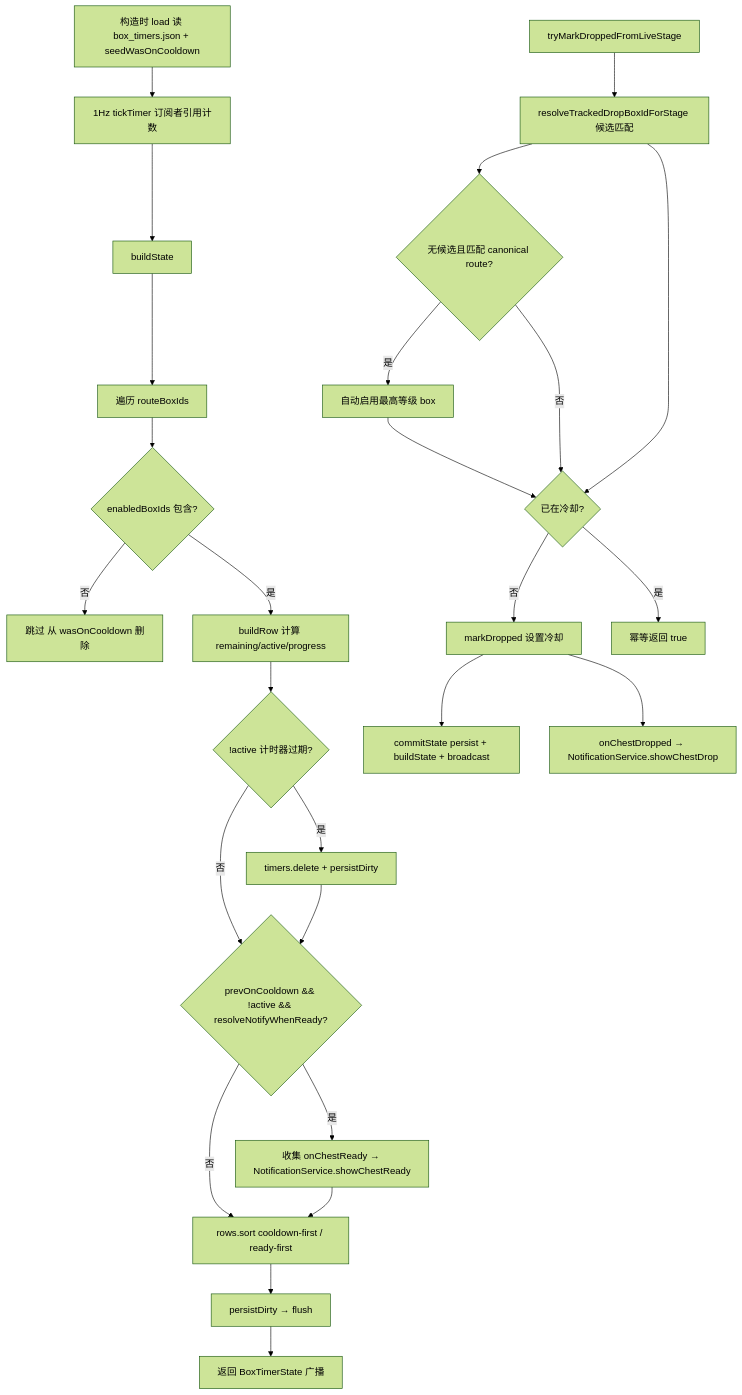
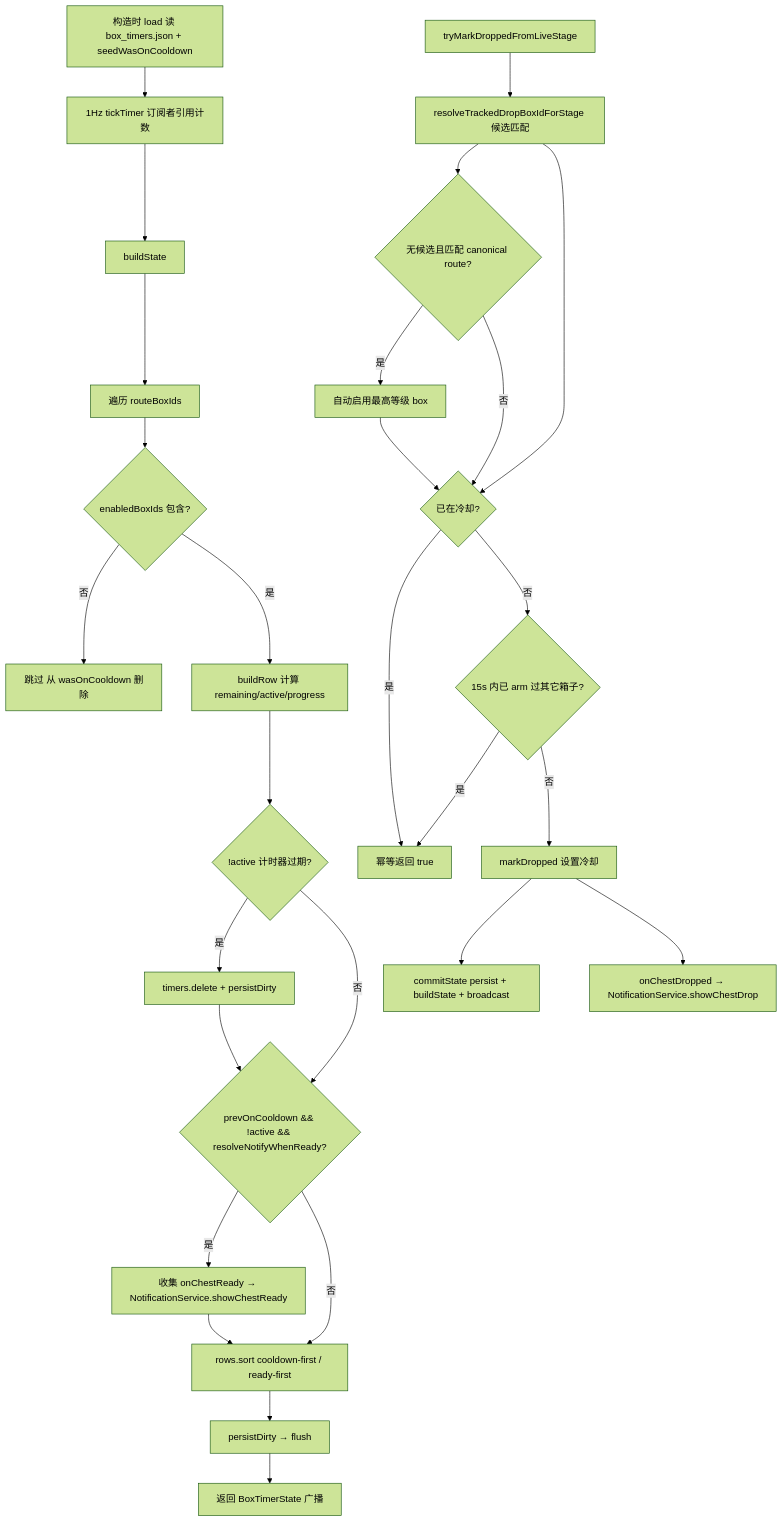
Diagram 13 of 22 in docs/BUSINESS-FLOWS.md (zioon/tbh-companion), drawn with Mermaid (forest theme) before and after one commit. The commit also changed other lines of this file and 53 other files, not shown here.

````diff
--- a/docs/BUSINESS-FLOWS.md
+++ b/docs/BUSINESS-FLOWS.md
@@ -1874,31 +1874,33 @@
 ```mermaid
 %% TBH flow diagram
 flowchart TD
   Load[构造时 load 读 box_timers.json + seedWasOnCooldown] --> Tick[1Hz tickTimer 订阅者引用计数]
   Tick --> Build[buildState]
   Build --> Loop[遍历 routeBoxIds]
   Loop --> QEnabled{enabledBoxIds 包含?}
   QEnabled -- 否 --> Skip[跳过 从 wasOnCooldown 删除]
   QEnabled -- 是 --> Row[buildRow 计算 remaining/active/progress]
   Row --> QExpired{!active 计时器过期?}
   QExpired -- 是 --> Del[timers.delete + persistDirty]
   QExpired -- 否 --> QNotif{prevOnCooldown && !active && resolveNotifyWhenReady?}
   Del --> QNotif
   QNotif -- 是 --> Ready[收集 onChestReady → NotificationService.showChestReady]
   QNotif -- 否 --> Sort[rows.sort cooldown-first / ready-first]
   Ready --> Sort
   Sort --> Persist[persistDirty → flush]
   Persist --> Bcast[返回 BoxTimerState 广播]
   MarkDrop[markDropped 设置冷却] --> Commit[commitState persist + buildState + broadcast]
   MarkDrop --> NotifyDrop[onChestDropped → NotificationService.showChestDrop]
   LiveStage[tryMarkDroppedFromLiveStage] --> Resolve[resolveTrackedDropBoxIdForStage 候选匹配]
   Resolve --> QAuto{无候选且匹配 canonical route?}
   QAuto -- 是 --> AutoEnable[自动启用最高等级 box]
   AutoEnable --> IsCooldown{已在冷却?}
   QAuto -- 否 --> IsCooldown
   Resolve --> IsCooldown
   IsCooldown -- 是 --> Idempotent[幂等返回 true]
-  IsCooldown -- 否 --> MarkDrop
+  IsCooldown -- 否 --> QDedupe{15s 内已 arm 过其它箱子?}
+  QDedupe -- 是 --> Idempotent
+  QDedupe -- 否 --> MarkDrop
   class Load,Tick,Build,Loop,Row,Del,Sort,Persist,Bcast,Commit,NotifyDrop,Resolve,AutoEnable,MarkDrop data
-  class QEnabled,QExpired,QNotif,QAuto,IsCooldown dec
+  class QEnabled,QExpired,QNotif,QAuto,IsCooldown,QDedupe dec
 ```
````
